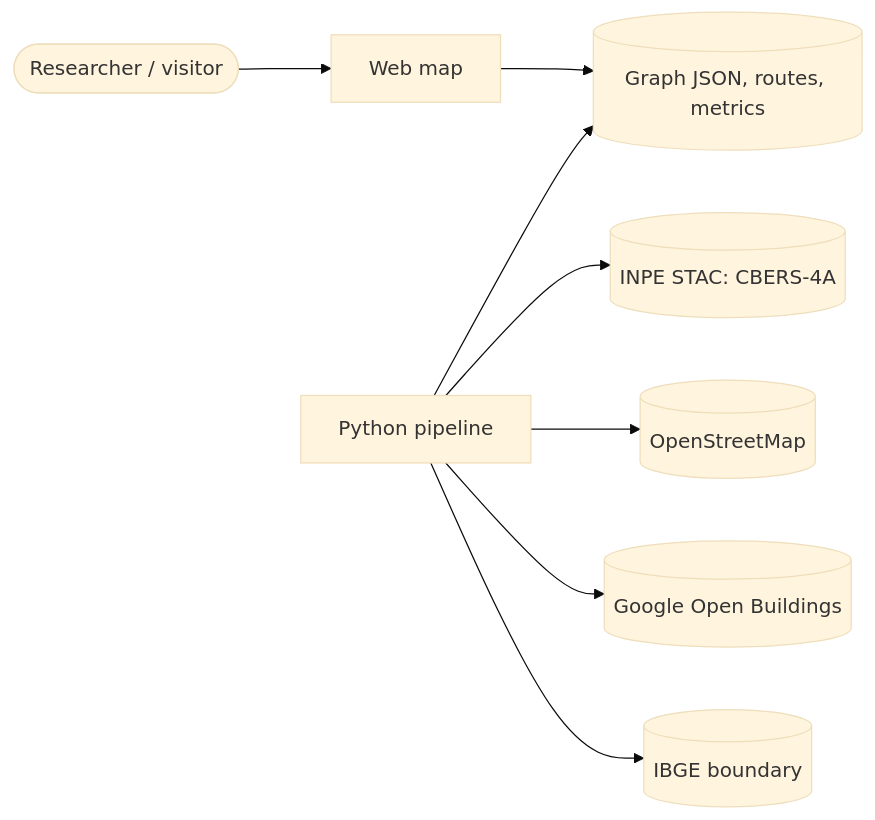
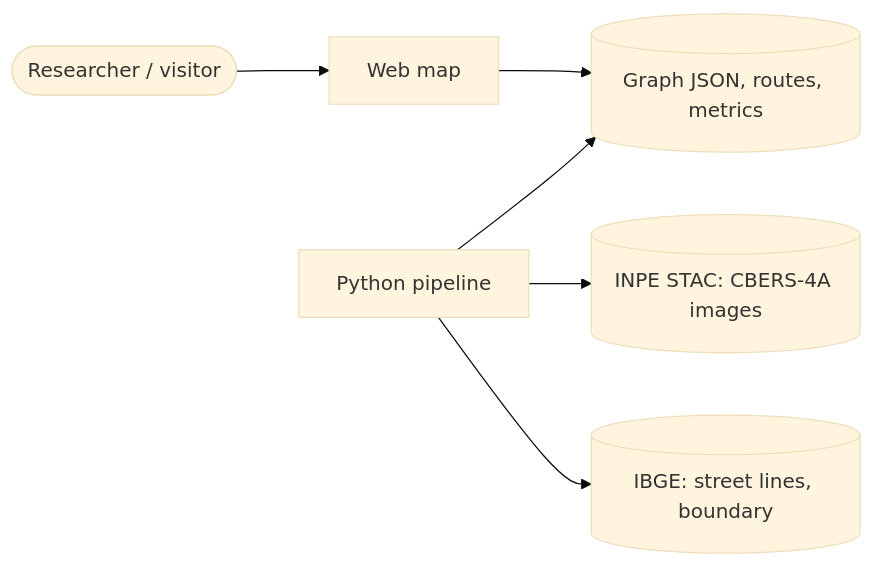
One commit to TiagoRodrigues-GitH/georeferencing-street-routing-algorithms changed the first of 2 diagrams in docs/ARCHITECTURE.md. Above: the diagram before and after it, drawn with Mermaid (base theme). The commit also changed other lines of this file and 5 other files, not shown here.

Commit message:
Brazilian public data only (CBERS-4A from INPE, IBGE street lines); neural network architecture and tunable hyperparameters; segmentation and routing configs

````diff
--- a/docs/ARCHITECTURE.md
+++ b/docs/ARCHITECTURE.md
@@ -19,10 +19,8 @@
 ```mermaid
 flowchart LR
   user([Researcher / visitor]) --> web[Web map]
   web --> artefacts[(Graph JSON, routes, metrics)]
   pipeline[Python pipeline] --> artefacts
-  pipeline --> inpe[(INPE STAC: CBERS-4A)]
-  pipeline --> osm[(OpenStreetMap)]
-  pipeline --> gob[(Google Open Buildings)]
-  pipeline --> ibge[(IBGE boundary)]
+  pipeline --> inpe[(INPE STAC: CBERS-4A images)]
+  pipeline --> ibge[(IBGE: street lines, boundary)]
 ```
````
